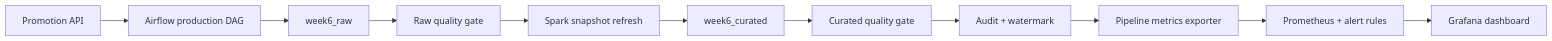
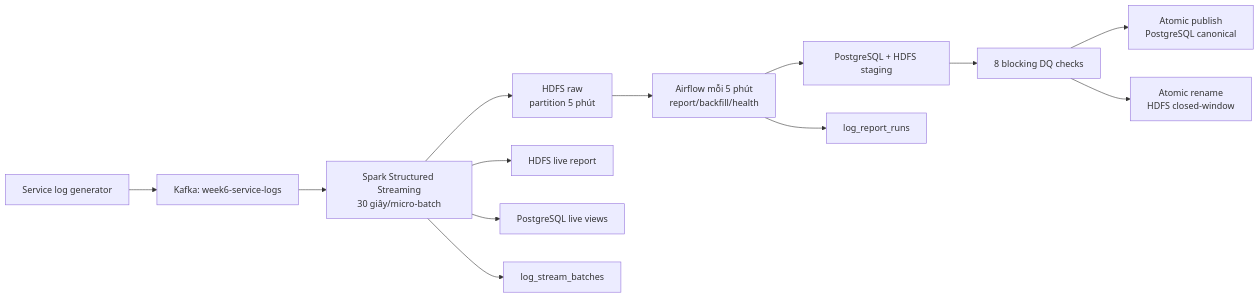
The diagram in exercises/week6/README.md (Datt106/DE-Genesis), drawn with Mermaid before and after one commit. The commit also changed other lines of this file and 30 other files, not shown here.

Commit message:
feat(week6): implement log streaming, data quality checks, and production dag

````diff
--- a/exercises/week6/README.md
+++ b/exercises/week6/README.md
@@ -14,13 +24,15 @@
 ```mermaid
 flowchart LR
-    API["Promotion API"] --> DAG["Airflow production DAG"]
-    DAG --> RAW["week6_raw"]
-    RAW --> DQ1["Raw quality gate"]
-    DQ1 --> SPARK["Spark snapshot refresh"]
-    SPARK --> CURATED["week6_curated"]
-    CURATED --> DQ2["Curated quality gate"]
-    DQ2 --> AUDIT["Audit + watermark"]
-    AUDIT --> EXPORTER["Pipeline metrics exporter"]
-    EXPORTER --> PROM["Prometheus + alert rules"]
-    PROM --> GRAFANA["Grafana dashboard"]
+    GENERATOR["Service log generator"] --> KAFKA["Kafka: week6-service-logs"]
+    KAFKA --> STREAM["Spark Structured Streaming\n30 giây/micro-batch"]
+    STREAM --> RAW["HDFS raw\npartition 5 phút"]
+    STREAM --> LIVEFILE["HDFS live report"]
+    STREAM --> LIVEPG["PostgreSQL live views"]
+    RAW --> AIRFLOW["Airflow mỗi 5 phút\nreport/backfill/health"]
+    AIRFLOW --> STAGE["PostgreSQL + HDFS staging"]
+    STAGE --> DQ["8 blocking DQ checks"]
+    DQ --> CANONICAL["Atomic publish\nPostgreSQL canonical"]
+    DQ --> CLOSEDFILE["Atomic rename\nHDFS closed-window"]
+    STREAM --> TELEMETRY["log_stream_batches"]
+    AIRFLOW --> TELEMETRY2["log_report_runs"]
 ```
````
